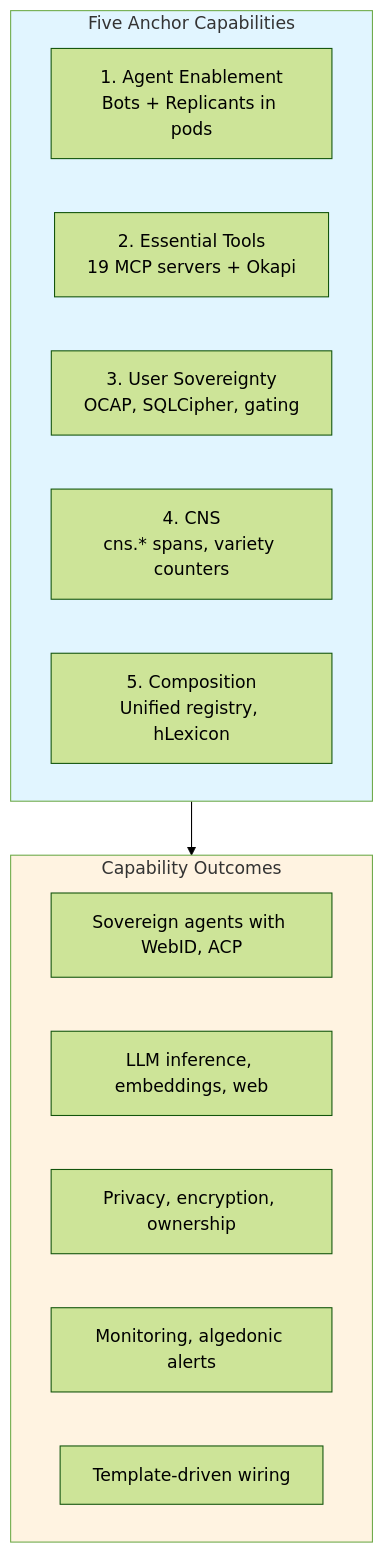
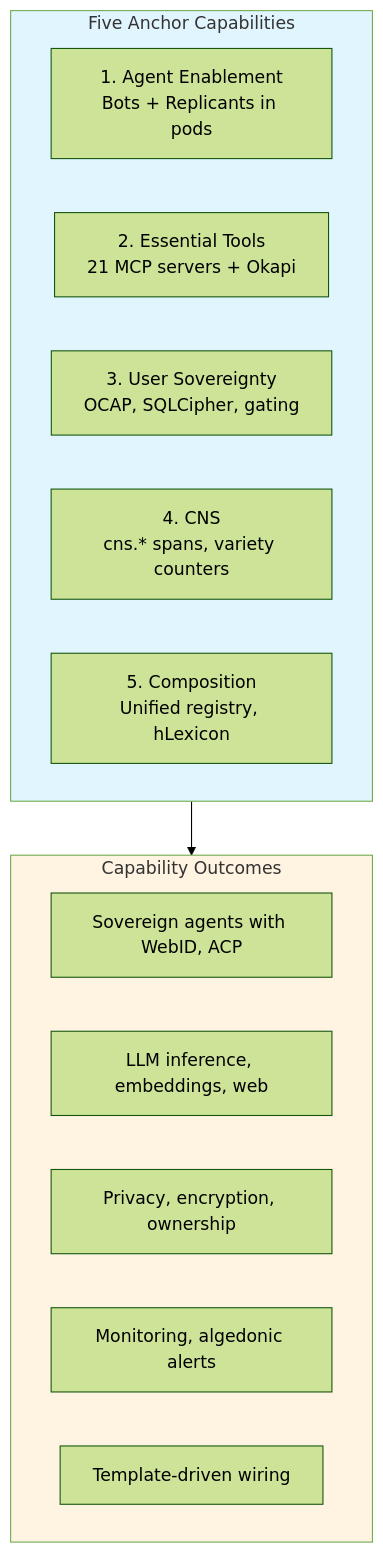
The first of 2 diagrams in docs/architecture/PRINCIPLES.md (mdz-axo/hKask), drawn with Mermaid (forest theme) before and after one commit. The commit also changed other lines of this file and 87 other files, not shown here.

````diff
--- a/docs/architecture/PRINCIPLES.md
+++ b/docs/architecture/PRINCIPLES.md
@@ -25,23 +25,23 @@
 ```mermaid
 graph TD
     subgraph Anchors[Five Anchor Capabilities]
         A1[1. Agent Enablement<br/>Bots + Replicants in pods]
-        A2[2. Essential Tools<br/>19 MCP servers + Okapi]
+        A2[2. Essential Tools<br/>21 MCP servers + Okapi]
         A3[3. User Sovereignty<br/>OCAP, SQLCipher, gating]
         A4[4. CNS<br/>cns.* spans, variety counters]
         A5[5. Composition<br/>Unified registry, hLexicon]
     end
     
     subgraph Outcomes[Capability Outcomes]
         O1[Sovereign agents with WebID, ACP]
         O2[LLM inference, embeddings, web]
         O3[Privacy, encryption, ownership]
         O4[Monitoring, algedonic alerts]
         O5[Template-driven wiring]
     end
     
     Anchors --> Outcomes
     
     style Anchors fill:#e1f5ff
     style Outcomes fill:#fff3e1
 ```
````
